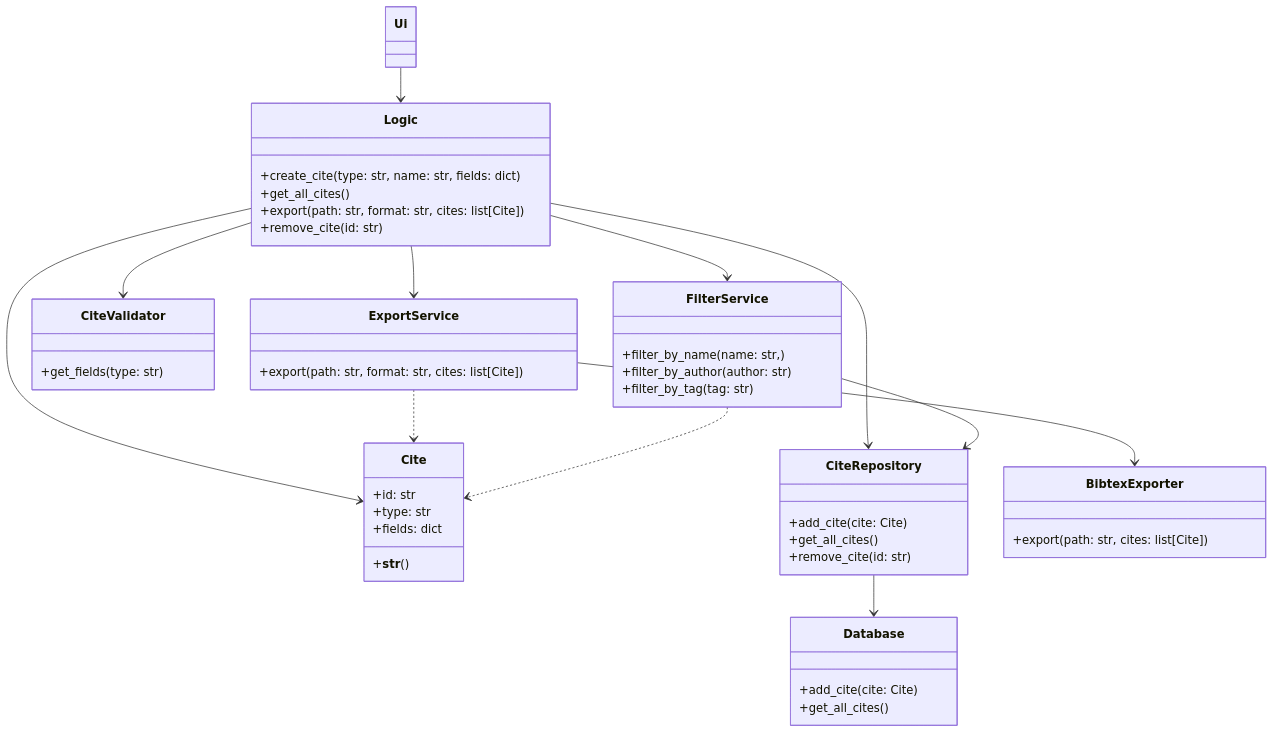
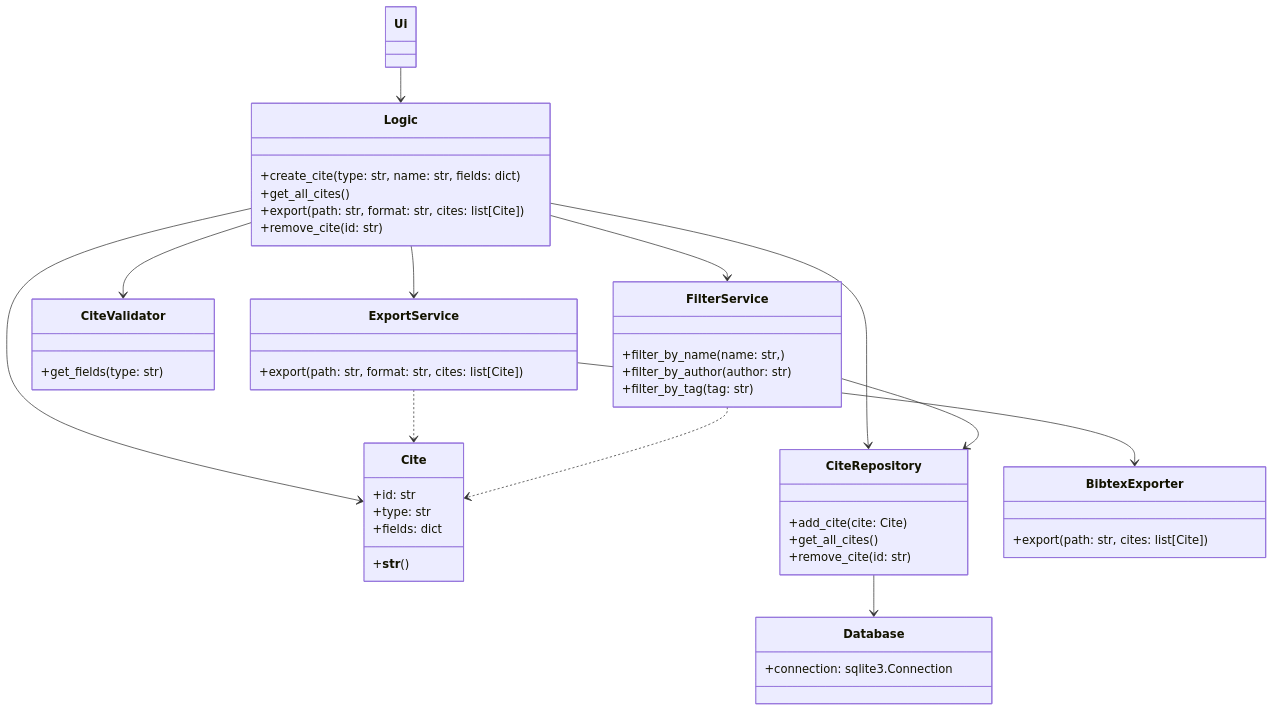
The second of 2 diagrams in docs/arkkitehtuuri.md (TheJiahao/ohtu-miniprojekti), drawn with Mermaid before and after one commit. The commit also changed other lines of this file, not shown here.

````diff
--- a/docs/arkkitehtuuri.md
+++ b/docs/arkkitehtuuri.md
@@ -23,61 +23,60 @@
 ```mermaid
 classDiagram
 Ui --> Logic
 
 Logic --> Cite
 Logic --> CiteRepository
 Logic --> ExportService
 Logic --> CiteValidator
 Logic --> FilterService
 
 ExportService --> BibtexExporter
 ExportService ..> Cite
 
 FilterService --> CiteRepository
 FilterService ..> Cite
 
 CiteRepository --> Database
 
 class Logic{
     +create_cite(type: str, name: str, fields: dict)
     +get_all_cites()
     +export(path: str, format: str, cites: list[Cite])
     +remove_cite(id: str)
 }
 
 class Cite {
     +id: str
     +type: str
     +fields: dict
     +__str__()
 }
 
 class CiteRepository {
     +add_cite(cite: Cite)
     +get_all_cites()
     +remove_cite(id: str)
 }
 
 class Database {
-    +add_cite(cite: Cite)
-    +get_all_cites()
+    +connection: sqlite3.Connection
 }
 
 class BibtexExporter {
     +export(path: str, cites: list[Cite])
 }
 
 class ExportService {
     +export(path: str, format: str, cites: list[Cite])
 }
 
 class CiteValidator {
     +get_fields(type: str)
 }
 
 class FilterService {
     +filter_by_name(name: str, )
     +filter_by_author(author: str)
     +filter_by_tag(tag: str)
 }
 ```
````
